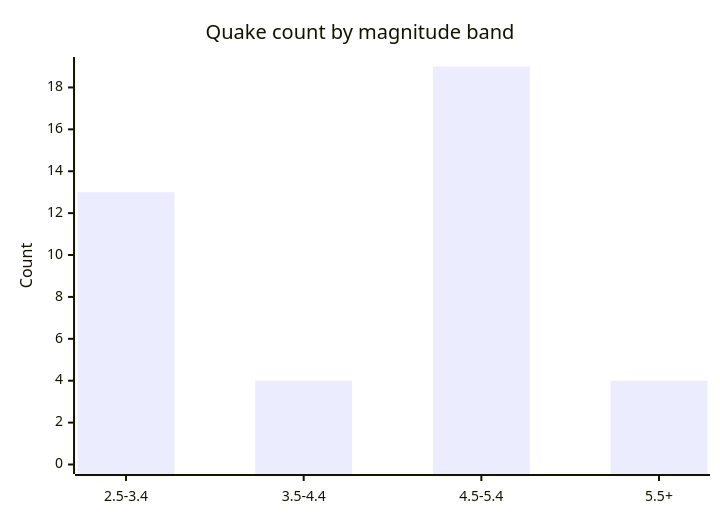
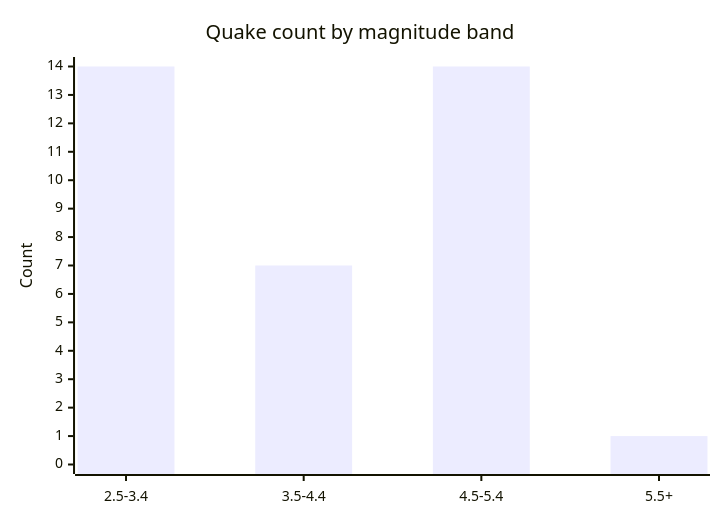
Before and after one commit to Midwest-Stratospheric/aerostratospheric-defense-gir: the fifth of 6 diagrams in docs/GRAPHS.md, drawn with Mermaid. The commit also changed other lines of this file and 25 other files, not shown here.

````diff
--- a/docs/GRAPHS.md
+++ b/docs/GRAPHS.md
@@ -82,7 +82,7 @@
 ```mermaid
 xychart-beta
   title "Quake count by magnitude band"
   x-axis ["2.5-3.4", "3.5-4.4", "4.5-5.4", "5.5+"]
-  y-axis "Count" 0 --> 19
-  bar [13, 4, 19, 4]
+  y-axis "Count" 0 --> 14
+  bar [14, 7, 14, 1]
 ```
````
